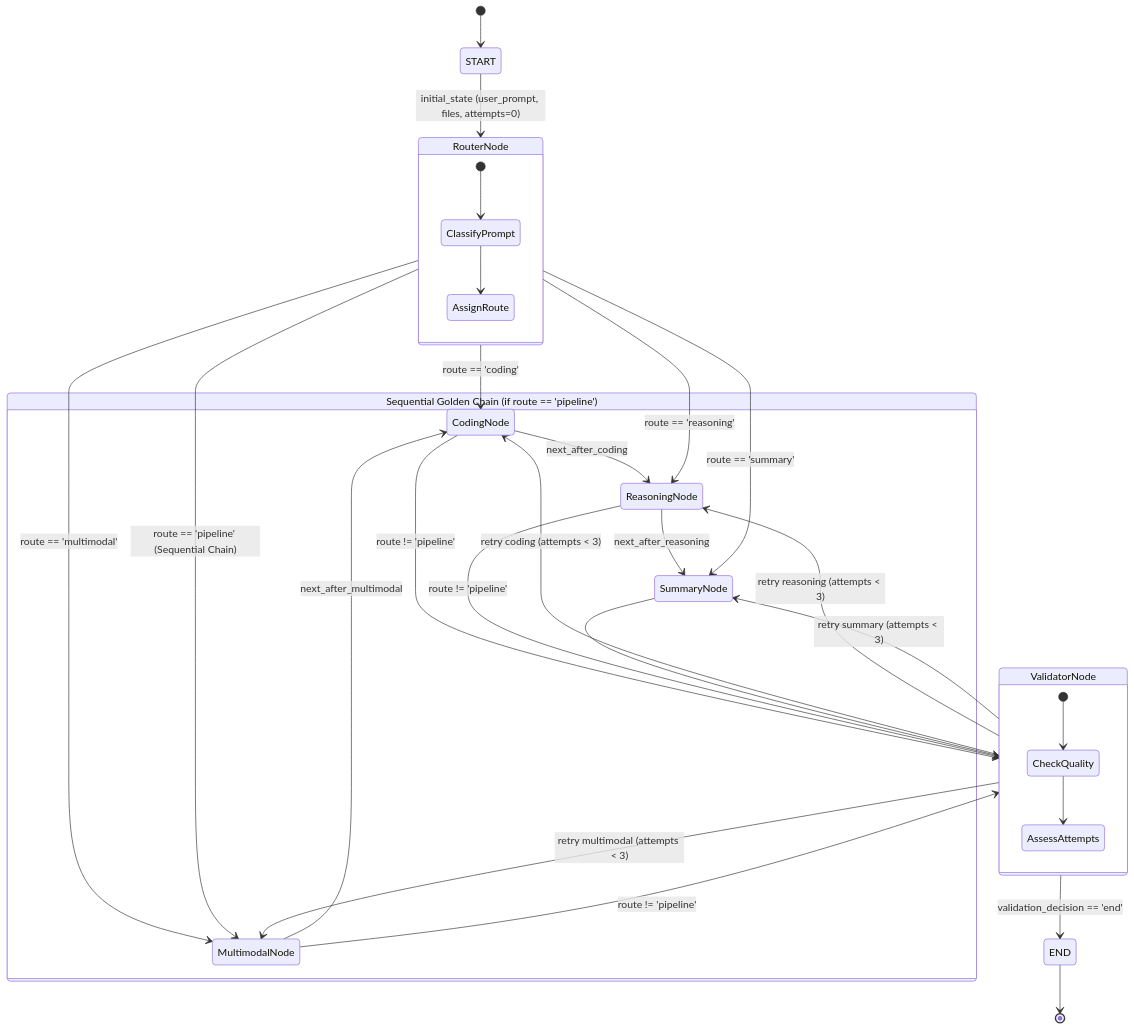
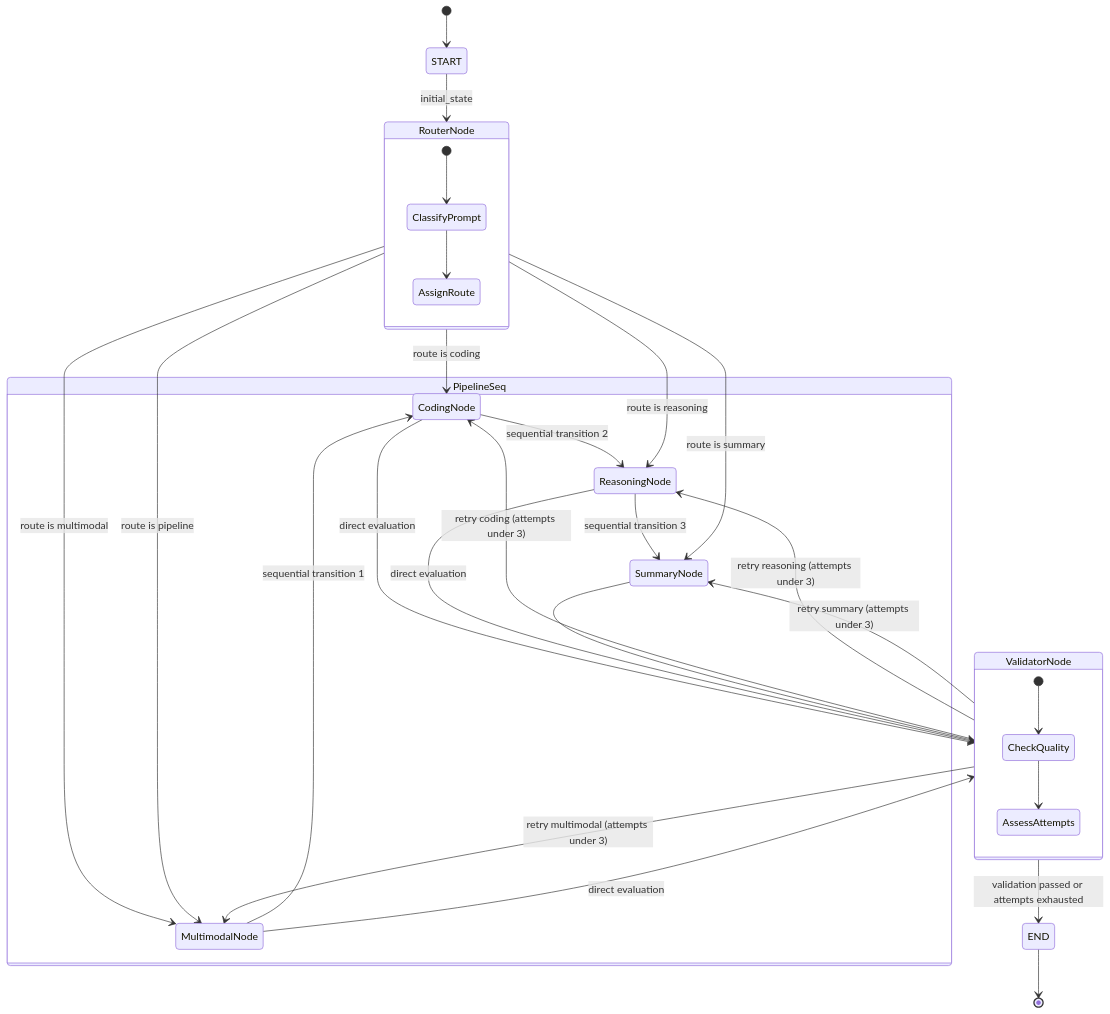
Before and after one commit to Shivanshvyas1729/AegisForge-AI: the fifth of 6 diagrams in rahul_check.md, drawn with Mermaid. The commit also changed other lines of this file and 1 other file, not shown here.

````diff
--- a/rahul_check.md
+++ b/rahul_check.md
@@ -270,39 +340,39 @@
 ```mermaid
 stateDiagram-v2
     [*] --> START
-    START --> RouterNode : initial_state (user_prompt, files, attempts=0)
+    START --> RouterNode : initial_state
 
     state RouterNode {
         [*] --> ClassifyPrompt
         ClassifyPrompt --> AssignRoute
     }
 
-    RouterNode --> CodingNode : route == 'coding'
-    RouterNode --> ReasoningNode : route == 'reasoning'
-    RouterNode --> SummaryNode : route == 'summary'
-    RouterNode --> MultimodalNode : route == 'multimodal'
-    RouterNode --> MultimodalNode : route == 'pipeline' (Sequential Chain)
+    RouterNode --> CodingNode : route is coding
+    RouterNode --> ReasoningNode : route is reasoning
+    RouterNode --> SummaryNode : route is summary
+    RouterNode --> MultimodalNode : route is multimodal
+    RouterNode --> MultimodalNode : route is pipeline
 
-    state "Sequential Golden Chain (if route == 'pipeline')" as PipelineSeq {
-        MultimodalNode --> CodingNode : next_after_multimodal
-        CodingNode --> ReasoningNode : next_after_coding
-        ReasoningNode --> SummaryNode : next_after_reasoning
+    state PipelineSeq {
+        MultimodalNode --> CodingNode : sequential transition 1
+        CodingNode --> ReasoningNode : sequential transition 2
+        ReasoningNode --> SummaryNode : sequential transition 3
     }
 
-    MultimodalNode --> ValidatorNode : route != 'pipeline'
-    CodingNode --> ValidatorNode : route != 'pipeline'
-    ReasoningNode --> ValidatorNode : route != 'pipeline'
+    MultimodalNode --> ValidatorNode : direct evaluation
+    CodingNode --> ValidatorNode : direct evaluation
+    ReasoningNode --> ValidatorNode : direct evaluation
     SummaryNode --> ValidatorNode
 
     state ValidatorNode {
         [*] --> CheckQuality
         CheckQuality --> AssessAttempts
     }
 
-    ValidatorNode --> CodingNode : retry coding (attempts < 3)
-    ValidatorNode --> ReasoningNode : retry reasoning (attempts < 3)
-    ValidatorNode --> SummaryNode : retry summary (attempts < 3)
-    ValidatorNode --> MultimodalNode : retry multimodal (attempts < 3)
-    ValidatorNode --> END : validation_decision == 'end'
+    ValidatorNode --> CodingNode : retry coding (attempts under 3)
+    ValidatorNode --> ReasoningNode : retry reasoning (attempts under 3)
+    ValidatorNode --> SummaryNode : retry summary (attempts under 3)
+    ValidatorNode --> MultimodalNode : retry multimodal (attempts under 3)
+    ValidatorNode --> END : validation passed or attempts exhausted
     END --> [*]
 ```
````
